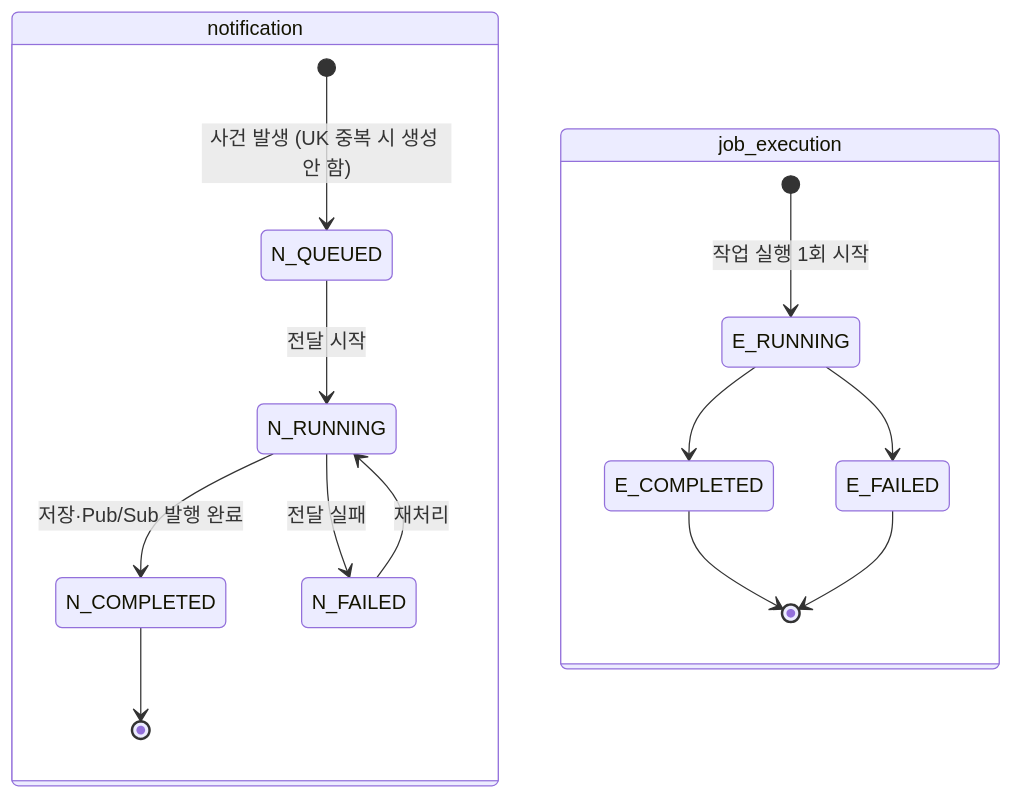
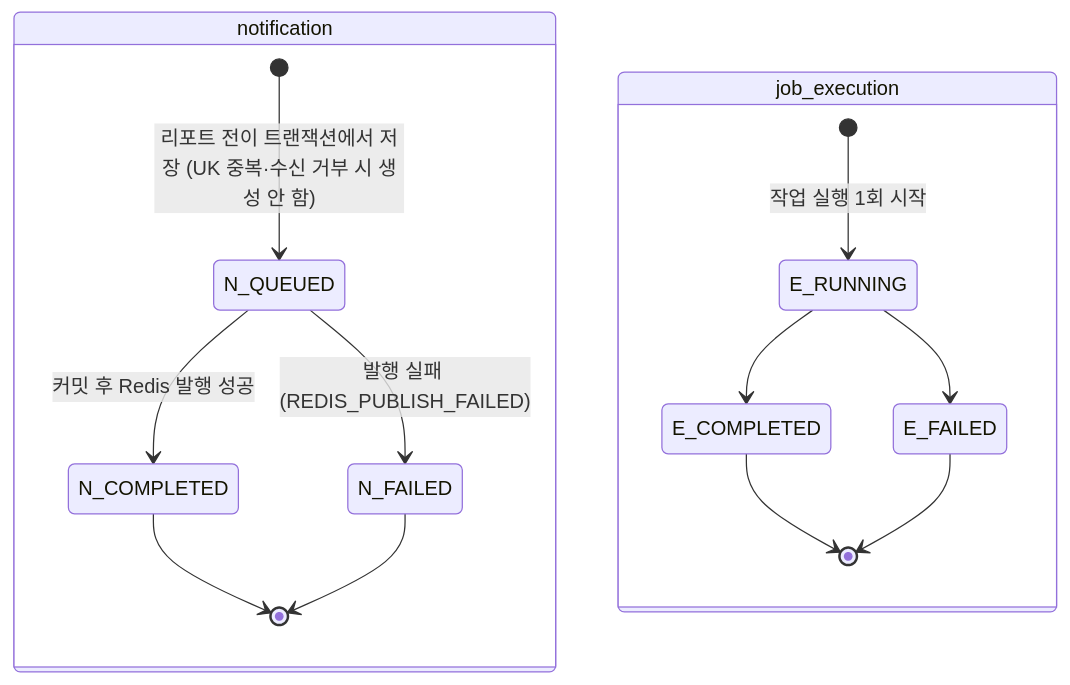
Before and after one commit to SKNETWORKS-FAMILY-AICAMP/SKN34-FINAL-3TEAM: the tenth of 17 diagrams in docs/design/state-diagram.md, drawn with Mermaid. The commit also changed other lines of this file and 78 other files, not shown here.

````diff
--- a/docs/design/state-diagram.md
+++ b/docs/design/state-diagram.md
@@ -285,18 +285,17 @@
 ```mermaid
 stateDiagram-v2
   state notification {
-    [*] --> N_QUEUED: 사건 발생 (UK 중복 시 생성 안 함)
-    N_QUEUED --> N_RUNNING: 전달 시작
-    N_RUNNING --> N_COMPLETED: 저장·Pub/Sub 발행 완료
-    N_RUNNING --> N_FAILED: 전달 실패
-    N_FAILED --> N_RUNNING: 재처리
+    [*] --> N_QUEUED: 리포트 전이 트랜잭션에서 저장 (UK 중복·수신 거부 시 생성 안 함)
+    N_QUEUED --> N_COMPLETED: 커밋 후 Redis 발행 성공
+    N_QUEUED --> N_FAILED: 발행 실패 (REDIS_PUBLISH_FAILED)
     N_COMPLETED --> [*]
+    N_FAILED --> [*]
   }
   state job_execution {
     [*] --> E_RUNNING: 작업 실행 1회 시작
     E_RUNNING --> E_COMPLETED
     E_RUNNING --> E_FAILED
     E_COMPLETED --> [*]
     E_FAILED --> [*]
   }
 ```
````
